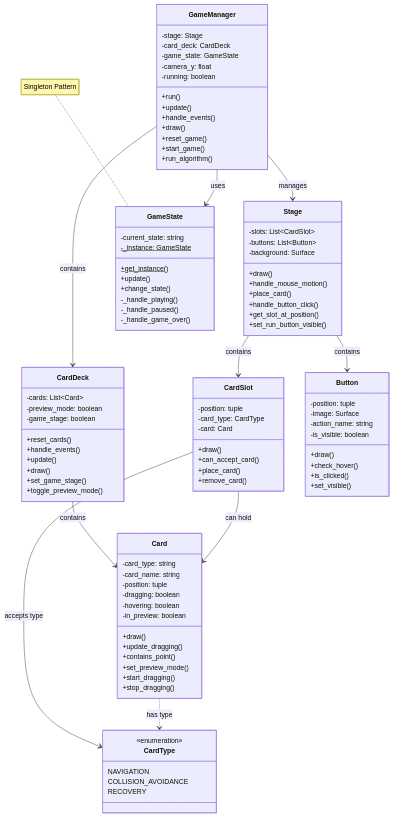
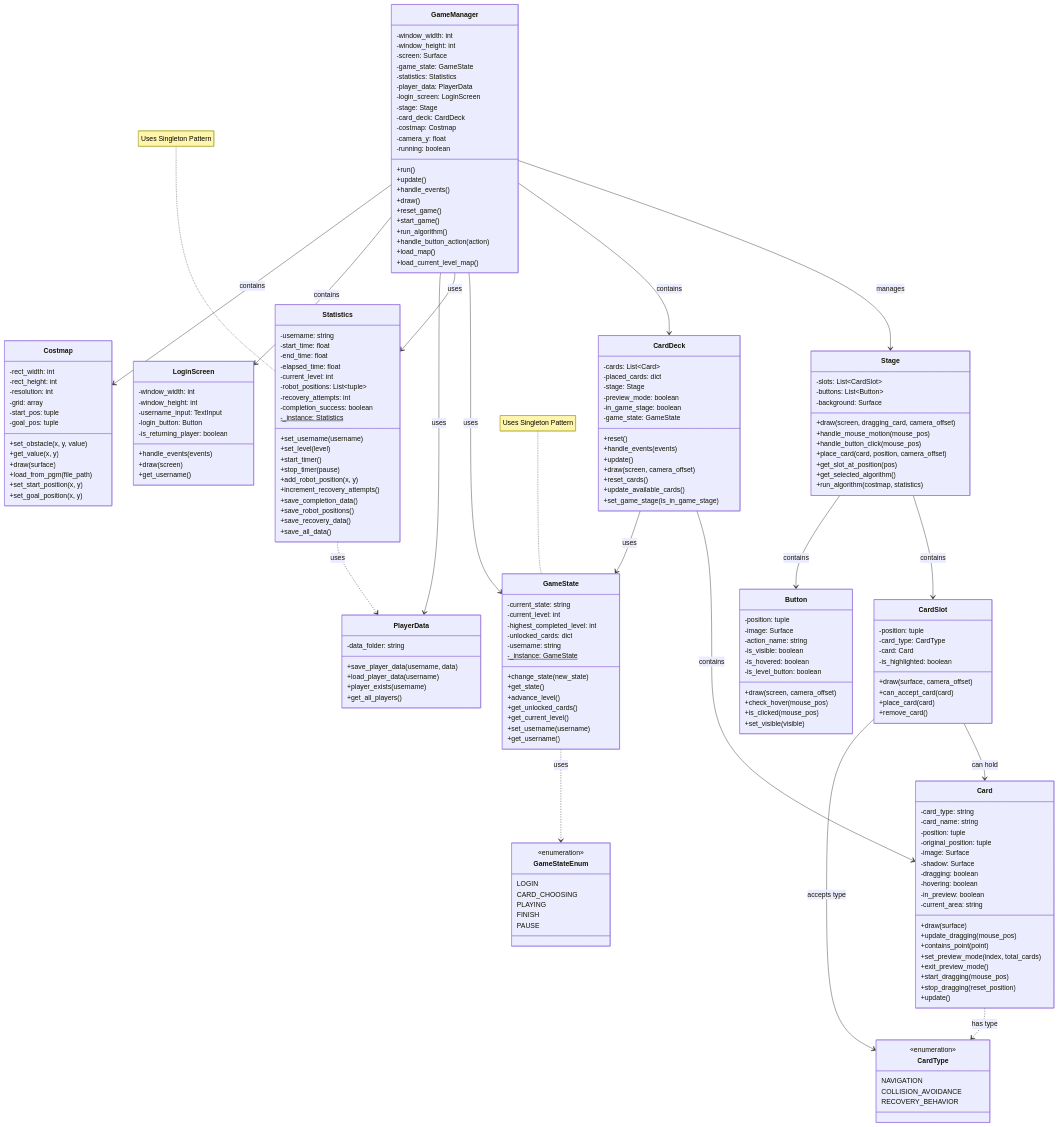
The diagram in DESCRIPTION.md (NapatzZ/nav-card), drawn with Mermaid before and after one commit. The commit also changed other lines of this file and 13 other files, not shown here.

````diff
--- a/DESCRIPTION.md
+++ b/DESCRIPTION.md
@@ -61,9 +24,16 @@
 ```mermaid
 classDiagram
     class GameManager {
+        -window_width: int
+        -window_height: int
+        -screen: Surface
+        -game_state: GameState
+        -statistics: Statistics
+        -player_data: PlayerData
+        -login_screen: LoginScreen
         -stage: Stage
         -card_deck: CardDeck
-        -game_state: GameState
+        -costmap: Costmap
         -camera_y: float
         -running: boolean
         +run()
@@ -73,61 +43,76 @@
         +reset_game()
         +start_game()
         +run_algorithm()
+        +handle_button_action(action)
+        +load_map()
+        +load_current_level_map()
     }
     
     class CardDeck {
         -cards: List~Card~
+        -placed_cards: dict
+        -stage: Stage
         -preview_mode: boolean
-        -game_stage: boolean
+        -in_game_stage: boolean
+        -game_state: GameState
+        +reset()
+        +handle_events(events)
+        +update()
+        +draw(screen, camera_offset)
         +reset_cards()
-        +handle_events()
-        +update()
-        +draw()
-        +set_game_stage()
-        +toggle_preview_mode()
+        +update_available_cards()
+        +set_game_stage(is_in_game_stage)
     }
     
     class Card {
         -card_type: string
         -card_name: string
         -position: tuple
+        -original_position: tuple
+        -image: Surface
+        -shadow: Surface
         -dragging: boolean
         -hovering: boolean
         -in_preview: boolean
-        +draw()
-        +update_dragging()
-        +contains_point()
-        +set_preview_mode()
-        +start_dragging()
-        +stop_dragging()
+        -current_area: string
+        +draw(surface)
+        +update_dragging(mouse_pos)
+        +contains_point(point)
+        +set_preview_mode(index, total_cards)
+        +exit_preview_mode()
+        +start_dragging(mouse_pos)
+        +stop_dragging(reset_position)
+        +update()
     }
     
     class CardType {
         <<enumeration>>
         NAVIGATION
         COLLISION_AVOIDANCE
-        RECOVERY
+        RECOVERY_BEHAVIOR
     }
     
     class Stage {
         -slots: List~CardSlot~
         -buttons: List~Button~
         -background: Surface
-        +draw()
-        +handle_mouse_motion()
-        +place_card()
-        +handle_button_click()
-        +get_slot_at_position()
-        +set_run_button_visible()
+        +draw(screen, dragging_card, camera_offset)
+        +handle_mouse_motion(mouse_pos)
+        +handle_button_click(mouse_pos)
+        +place_card(card, position, camera_offset)
+        +get_slot_at_position(pos)
+        +get_selected_algorithm()
+        +run_algorithm(costmap, statistics)
     }
     
     class CardSlot {
         -position: tuple
         -card_type: CardType
         -card: Card
-        +draw()
-        +can_accept_card()
-        +place_card()
+        -is_highlighted: boolean
+        +draw(surface, camera_offset)
+        +can_accept_card(card)
+        +place_card(card)
         +remove_card()
     }
     
@@ -136,36 +121,118 @@
         -image: Surface
         -action_name: string
         -is_visible: boolean
-        +draw()
-        +check_hover()
-        +is_clicked()
-        +set_visible()
+        -is_hovered: boolean
+        -is_level_button: boolean
+        +draw(screen, camera_offset)
+        +check_hover(mouse_pos)
+        +is_clicked(mouse_pos)
+        +set_visible(visible)
     }
     
     class GameState {
         -current_state: string
+        -current_level: int
+        -highest_completed_level: int
+        -unlocked_cards: dict
+        -username: string
         -_instance: GameState$
-        +get_instance()$
-        +update()
-        +change_state()
-        -_handle_playing()
-        -_handle_paused()
-        -_handle_game_over()
+        +change_state(new_state)
+        +get_state()
+        +advance_level()
+        +get_unlocked_cards()
+        +get_current_level()
+        +set_username(username)
+        +get_username()
+    }
+    
+    class GameStateEnum {
+        <<enumeration>>
+        LOGIN
+        CARD_CHOOSING
+        PLAYING
+        FINISH
+        PAUSE
+    }
+    
+    class Statistics {
+        -username: string
+        -start_time: float
+        -end_time: float
+        -elapsed_time: float
+        -current_level: int
+        -robot_positions: List~tuple~
+        -recovery_attempts: int
+        -completion_success: boolean
+        -_instance: Statistics$
+        +set_username(username)
+        +set_level(level)
+        +start_timer()
+        +stop_timer(pause)
+        +add_robot_position(x, y)
+        +increment_recovery_attempts()
+        +save_completion_data()
+        +save_robot_positions()
+        +save_recovery_data()
+        +save_all_data()
+    }
+    
+    class LoginScreen {
+        -window_width: int
+        -window_height: int
+        -username_input: TextInput
+        -login_button: Button
+        -is_returning_player: boolean
+        +handle_events(events)
+        +draw(screen)
+        +get_username()
+    }
+    
+    class PlayerData {
+        -data_folder: string
+        +save_player_data(username, data)
+        +load_player_data(username)
+        +player_exists(username)
+        +get_all_players()
+    }
+    
+    class Costmap {
+        -rect_width: int
+        -rect_height: int
+        -resolution: int
+        -grid: array
+        -start_pos: tuple
+        -goal_pos: tuple
+        +set_obstacle(x, y, value)
+        +get_value(x, y)
+        +draw(surface)
+        +load_from_pgm(file_path)
+        +set_start_position(x, y)
+        +set_goal_position(x, y)
     }
     
     GameManager --> Stage : manages
     GameManager --> CardDeck : contains
     GameManager --> GameState : uses
+    GameManager --> Statistics : uses
+    GameManager --> PlayerData : uses
+    GameManager --> LoginScreen : contains
+    GameManager --> Costmap : contains
     
     Stage --> CardSlot : contains
     Stage --> Button : contains
     
     CardDeck --> Card : contains
+    CardDeck --> GameState : uses
     
     CardSlot --> Card : can hold
     CardSlot --> CardType : accepts type
     
     Card ..> CardType : has type
     
-    note for GameState "Singleton Pattern"
+    Statistics ..> PlayerData : uses
+    
+    GameState ..> GameStateEnum : uses
+    
+    note for GameState "Uses Singleton Pattern"
+    note for Statistics "Uses Singleton Pattern"
 ```
````
